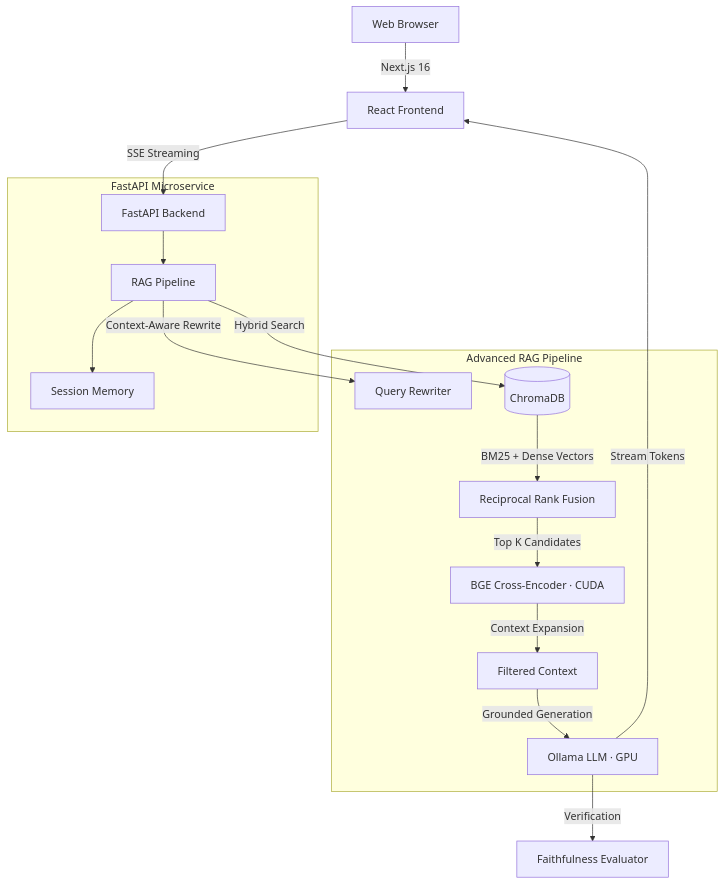
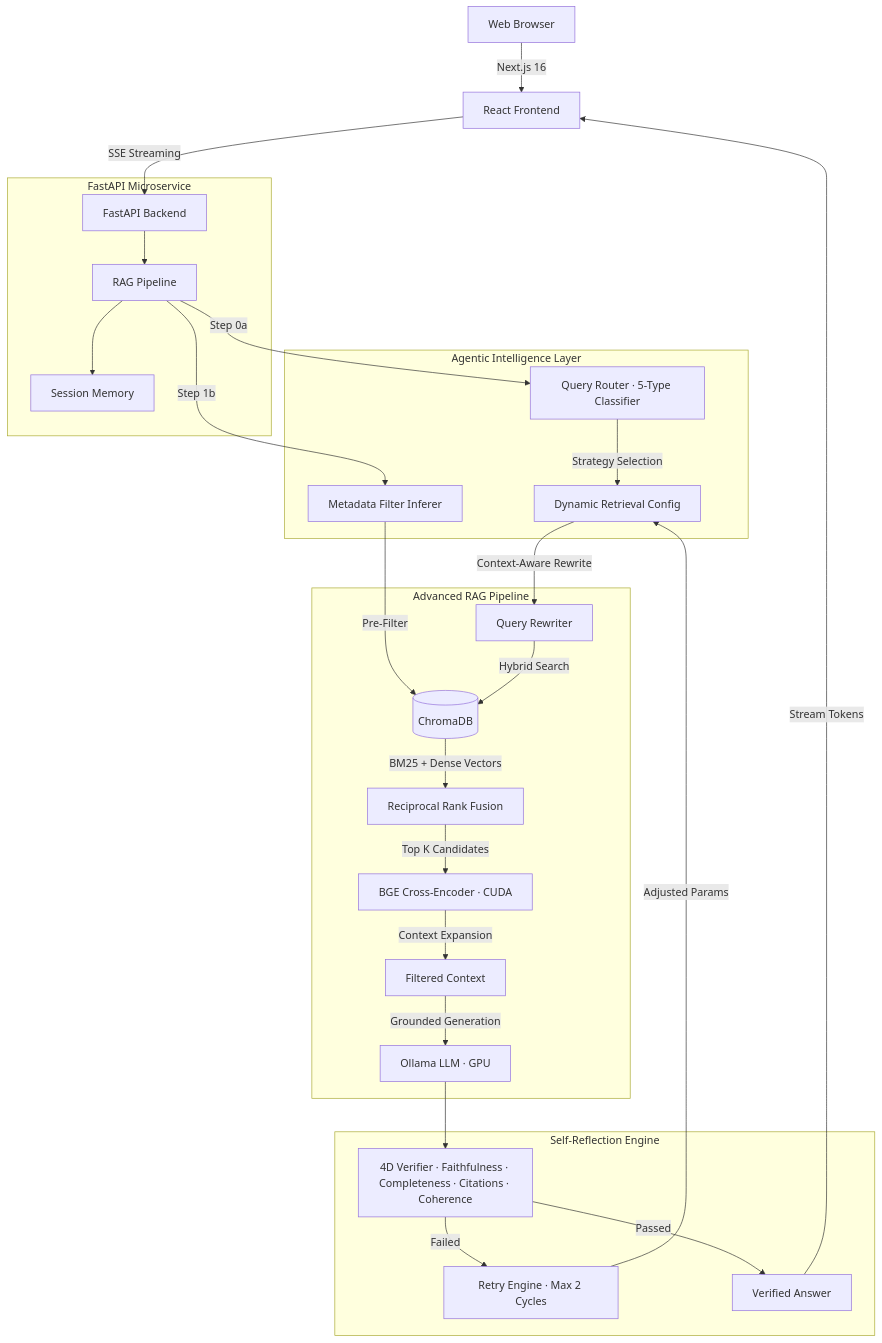
One commit to SoubhagyaJain/Company-policy-rag changed the diagram in README.md. Above: the diagram before and after it, drawn with Mermaid. The commit also changed other lines of this file and 38 other files, not shown here.

First line of the commit message:
feat: Agentic Intelligence Layer - Query Router, Self-Reflection & Verification, Dynamic Metadata Extraction

````diff
--- a/README.md
+++ b/README.md
@@ -55,22 +78,35 @@
 ```mermaid
 graph TD
     Client[Web Browser] --> |Next.js 16| UI[React Frontend]
     UI --> |SSE Streaming| API[FastAPI Backend]
 
     subgraph Backend [FastAPI Microservice]
         API --> Orchestrator[RAG Pipeline]
         Orchestrator --> Memory[Session Memory]
     end
 
+    subgraph Agentic [Agentic Intelligence Layer]
+        Orchestrator --> |Step 0a| Router[Query Router · 5-Type Classifier]
+        Router --> |Strategy Selection| Strategy[Dynamic Retrieval Config]
+        Orchestrator --> |Step 1b| FilterInfer[Metadata Filter Inferer]
+    end
+
     subgraph RAG [Advanced RAG Pipeline]
-        Orchestrator --> |Context-Aware Rewrite| LLM_Q[Query Rewriter]
-        Orchestrator --> |Hybrid Search| VectorDB[(ChromaDB)]
+        Strategy --> |Context-Aware Rewrite| LLM_Q[Query Rewriter]
+        FilterInfer --> |Pre-Filter| VectorDB[(ChromaDB)]
+        LLM_Q --> |Hybrid Search| VectorDB
         VectorDB --> |BM25 + Dense Vectors| RRF[Reciprocal Rank Fusion]
         RRF --> |Top K Candidates| Reranker[BGE Cross-Encoder · CUDA]
         Reranker --> |Context Expansion| Context[Filtered Context]
         Context --> |Grounded Generation| LLM[Ollama LLM · GPU]
     end
 
-    LLM --> |Verification| Guardrail[Faithfulness Evaluator]
-    LLM --> |Stream Tokens| UI
+    subgraph Verification [Self-Reflection Engine]
+        LLM --> Verifier[4D Verifier · Faithfulness · Completeness · Citations · Coherence]
+        Verifier --> |Failed| RetryEngine[Retry Engine · Max 2 Cycles]
+        RetryEngine --> |Adjusted Params| Strategy
+        Verifier --> |Passed| Output[Verified Answer]
+    end
+
+    Output --> |Stream Tokens| UI
 ```
````
